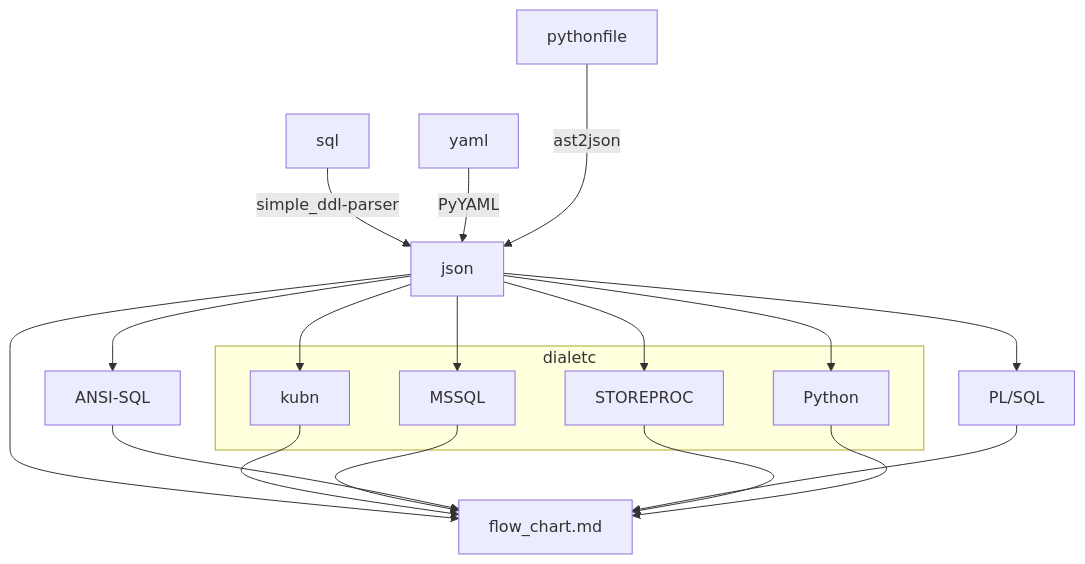
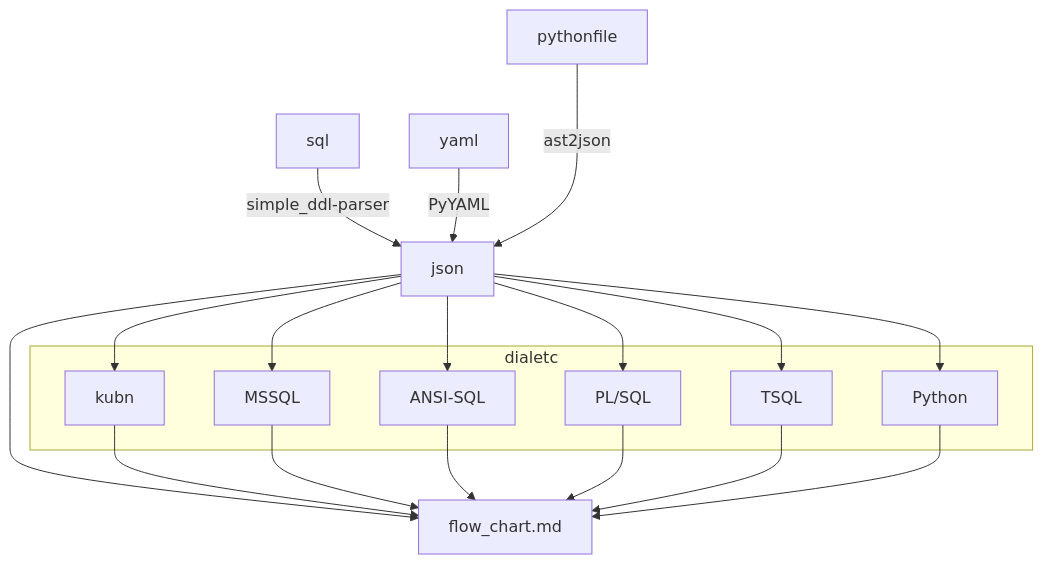
The diagram in todo.md (hung135/mermaid-map), drawn with Mermaid before and after one commit.

````diff
--- a/todo.md
+++ b/todo.md
@@ -1,25 +1,26 @@
 ```mermaid
 graph TD
     subgraph dialetc
      kubn
      MSSQL
-     STOREPROC
+     TSQL
      Python
+     PL/SQL
+     ANSI-SQL
     end
      
 
 json-->flow_chart.md
 sql-->|simple_ddl-parser|json
 yaml-->|PyYAML|json
 pythonfile--->|ast2json|json
     json-->kubn-->flow_chart.md
     json-->MSSQL-->flow_chart.md    
     json-->ANSI-SQL-->flow_chart.md
     json-->PL/SQL-->flow_chart.md
-    
-    json-->STOREPROC-->flow_chart.md
+    json-->TSQL-->flow_chart.md
     json-->Python-->flow_chart.md
 
  
 
 ```
````
